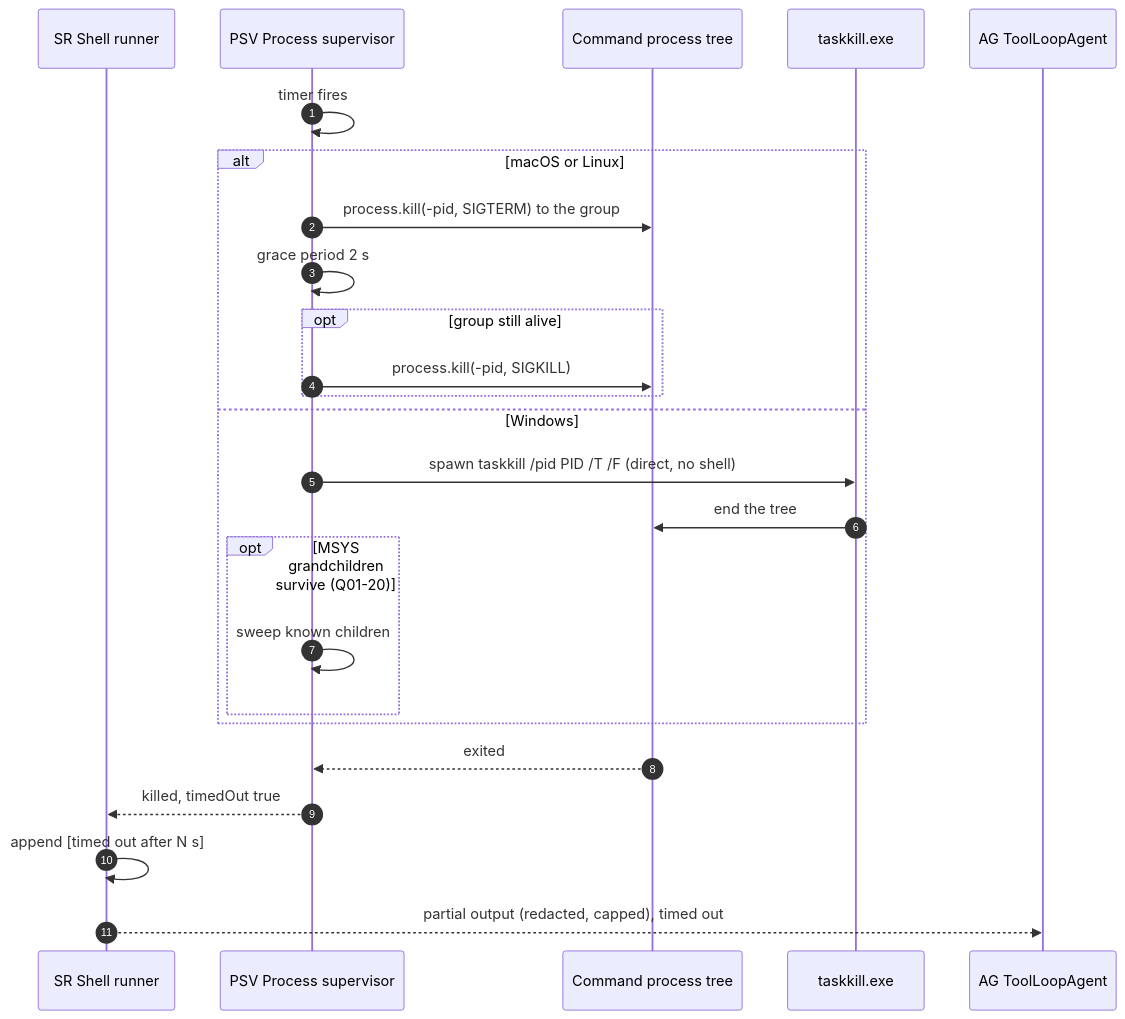
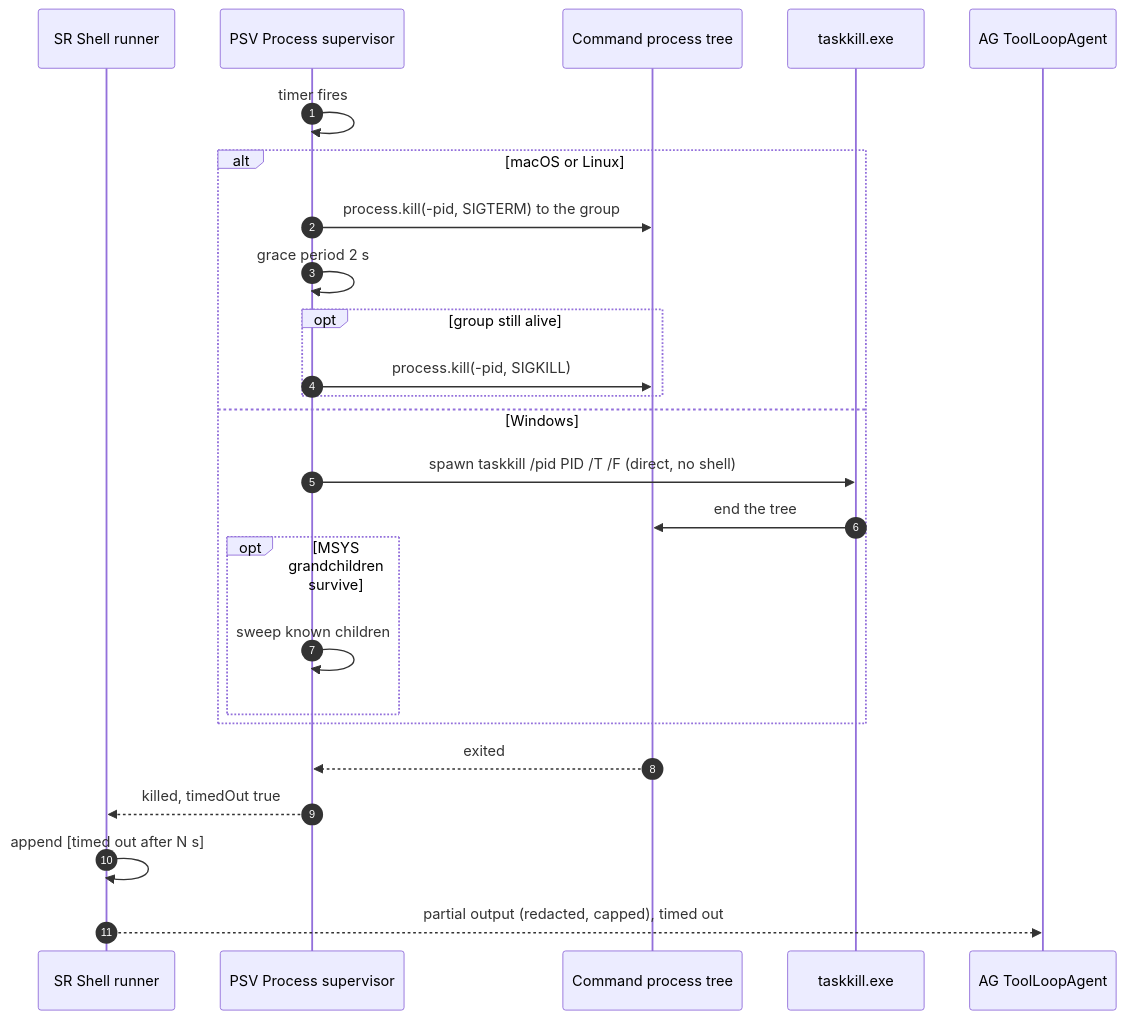
Diagram 16 of 46 in docs/Deliverables/03_sequence_diagrams.md (Dakshnagpal/antai-agent), drawn with Mermaid before and after one commit. The commit also changed other lines of this file and 18 other files, not shown here.

````diff
--- a/docs/Deliverables/03_sequence_diagrams.md
+++ b/docs/Deliverables/03_sequence_diagrams.md
@@ -944,27 +951,27 @@
 ```mermaid
 sequenceDiagram
     autonumber
     participant SR as SR Shell runner
     participant PSV as PSV Process supervisor
     participant TREE as Command process tree
     participant TK as taskkill.exe
     participant AG as AG ToolLoopAgent
     PSV->>PSV: timer fires
     alt macOS or Linux
         PSV->>TREE: process.kill(-pid, SIGTERM) to the group
         PSV->>PSV: grace period 2 s
         opt group still alive
             PSV->>TREE: process.kill(-pid, SIGKILL)
         end
     else Windows
         PSV->>TK: spawn taskkill /pid PID /T /F (direct, no shell)
         TK->>TREE: end the tree
-        opt MSYS grandchildren survive (Q01-20)
+        opt MSYS grandchildren survive
             PSV->>PSV: sweep known children
         end
     end
     TREE-->>PSV: exited
     PSV-->>SR: killed, timedOut true
     SR->>SR: append [timed out after N s]
     SR-->>AG: partial output (redacted, capped), timed out
 ```
````
